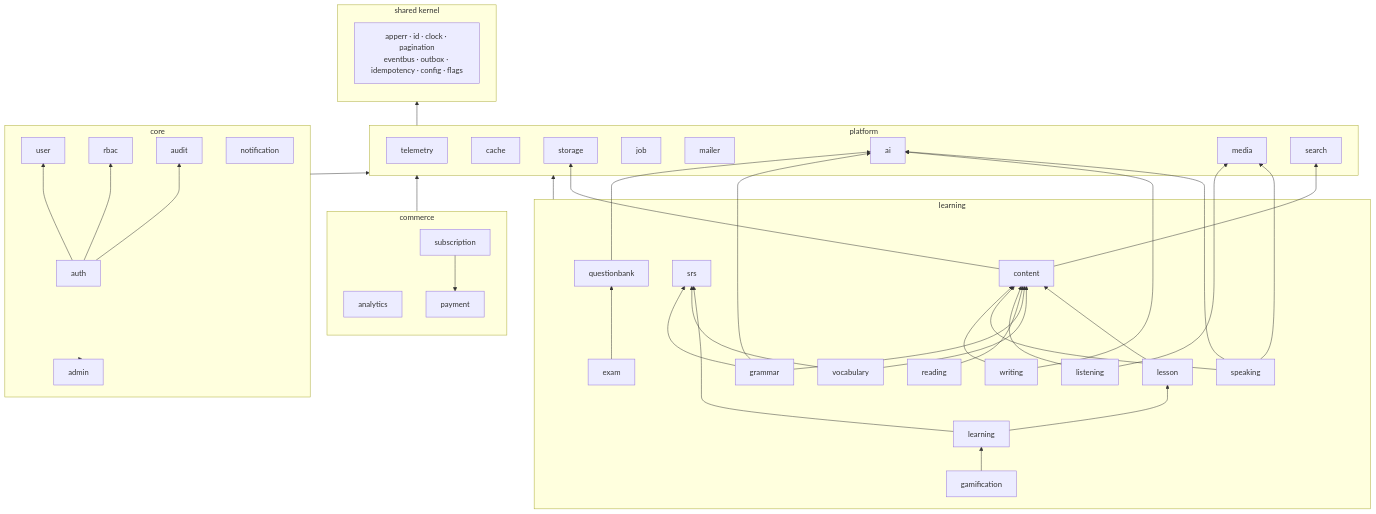
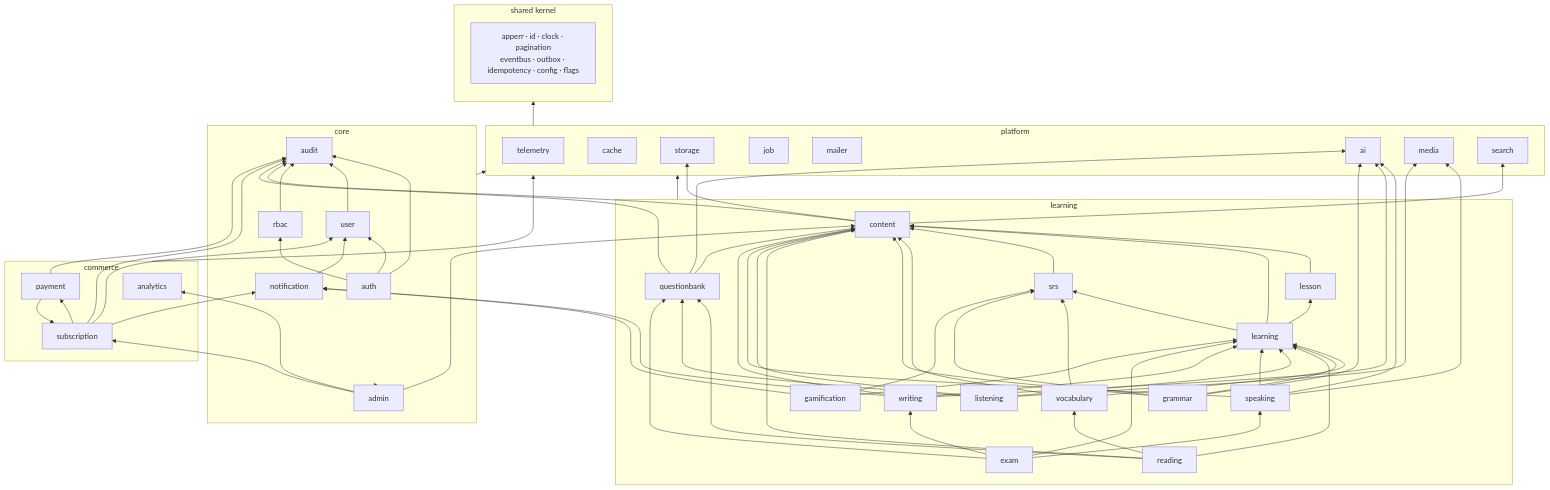
One commit to vnghi61/fluentra changed the diagram in MODULE_INDEX.md. Above: the diagram before and after it, drawn with Mermaid. The commit also changed other lines of this file and 123 other files, not shown here.

````diff
--- a/MODULE_INDEX.md
+++ b/MODULE_INDEX.md
@@ -111,43 +111,57 @@
 ```mermaid
 graph BT
     subgraph shared["shared kernel"]
         SH[apperr · id · clock · pagination<br/>eventbus · outbox · idempotency · config · flags]
     end
 
     subgraph platform
         TEL[telemetry]; CCH[cache]; STO[storage]; JOB[job]
         MAIL[mailer]; AI[ai]; MED[media]; SCH[search]
     end
 
     subgraph core
         AUTH[auth]; USR[user]; RBAC[rbac]; AUD[audit]; ADM[admin]; NOT[notification]
     end
 
     subgraph learning
         CNT[content]; LSN[lesson]; LRN[learning]; SRS[srs]
         VOC[vocabulary]; GRM[grammar]; RDG[reading]
         LIS[listening]; SPK[speaking]; WRT[writing]
         QB[questionbank]; EXM[exam]; GAM[gamification]
     end
 
     subgraph commerce
         ANA[analytics]; SUB[subscription]; PAY[payment]
     end
 
     platform --> shared
     core --> platform
     learning --> platform
     commerce --> platform
     AUTH --> USR & RBAC & AUD
     ADM --> core
+    ADM --> CNT & ANA & SUB
+    USR & RBAC & CNT & QB & SUB & PAY --> AUD
+    NOT --> USR
     CNT --> STO & SCH
     LSN --> CNT
+    LRN --> CNT
     LRN --> LSN & SRS
+    SRS --> CNT
     VOC & GRM --> SRS
     VOC & GRM & RDG & LIS & SPK & WRT --> CNT
+    VOC & GRM & RDG & LIS & SPK & WRT & EXM --> LRN
+    RDG & LIS --> QB
+    RDG --> VOC
     SPK & LIS --> MED
     SPK & WRT & GRM & QB --> AI
+    QB --> CNT
+    WRT & GAM & SUB --> NOT
     EXM --> QB
+    EXM --> WRT & SPK
     GAM --> LRN
+    GAM --> SRS
     SUB --> PAY
+    SUB --> USR
+    PAY --> SUB
 ```
````
